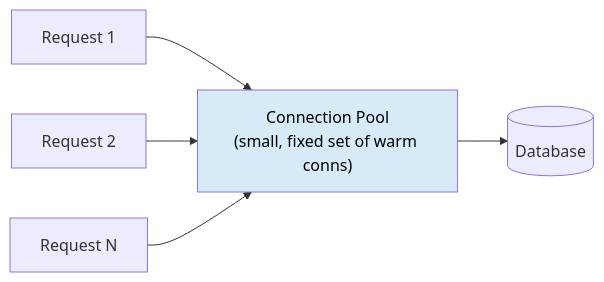
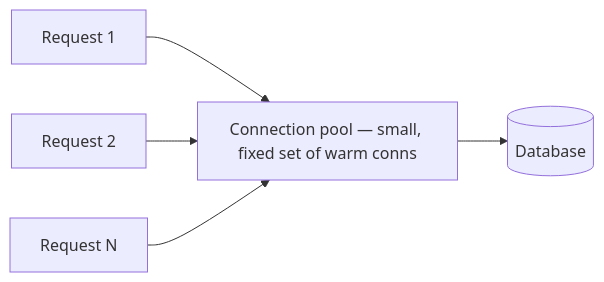
The second of 3 diagrams in src/modules/database/content/09-scaling/06-scaling-playbook.md (mohammad-mriesh-job/cortex), drawn with Mermaid before and after one commit. The commit also changed other lines of this file and 257 other files, not shown here.

````diff
--- a/src/modules/database/content/09-scaling/06-scaling-playbook.md
+++ b/src/modules/database/content/09-scaling/06-scaling-playbook.md
@@ -82,8 +77,7 @@
 ```mermaid
 flowchart LR
-    A1["Request 1"] --> P
+    A1["Request 1"] --> P["Connection pool — small, fixed set of warm conns"]
     A2["Request 2"] --> P
     A3["Request N"] --> P
-    P["Connection Pool<br/>(small, fixed set of warm conns)"] --> DB[("Database")]
-    style P fill:#d6eaf8,color:#000
+    P --> DB[("Database")]
 ```
````
